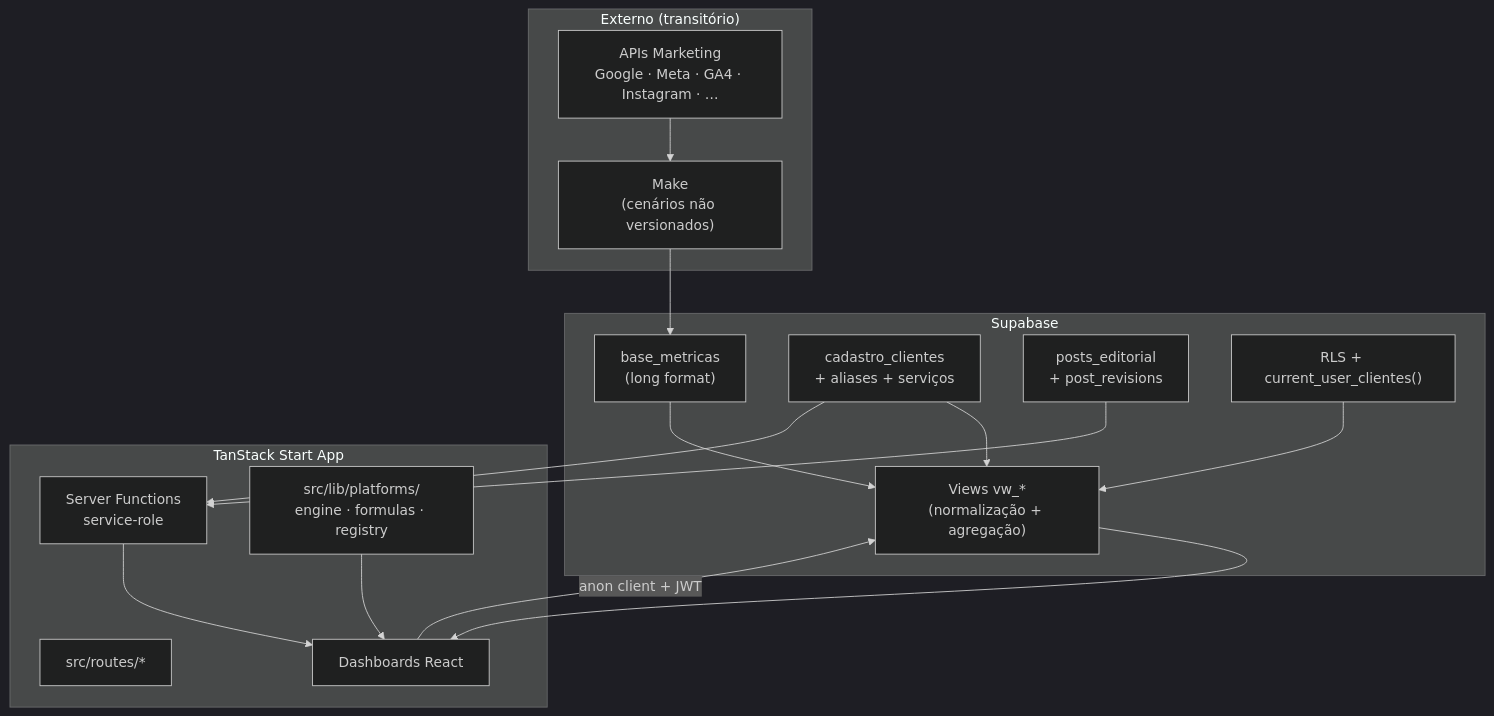
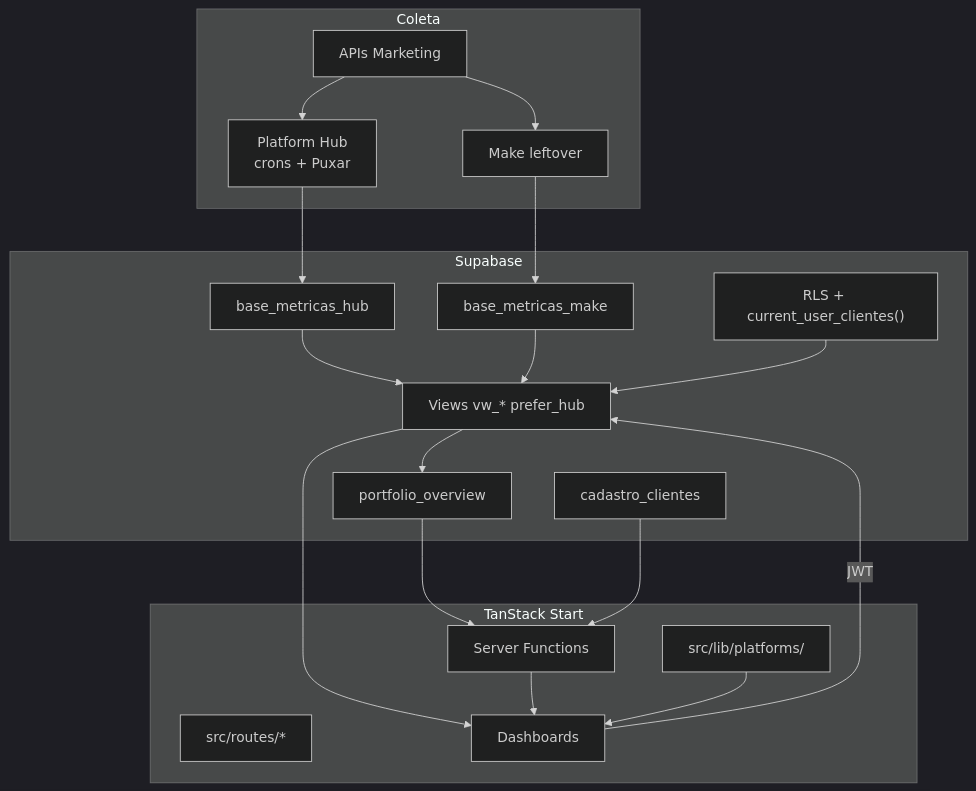
One commit to Lots-BI/supabase-magic-portal changed the diagram in docs/02-architecture/current-state.md. Above: the diagram before and after it, drawn with Mermaid (dark theme). The commit also changed other lines of this file and 57 other files, not shown here.

````diff
--- a/docs/02-architecture/current-state.md
+++ b/docs/02-architecture/current-state.md
@@ -44,33 +45,37 @@
 ```mermaid
 flowchart TB
-    subgraph External["Externo (transitório)"]
-        APIs["APIs Marketing\nGoogle · Meta · GA4 · Instagram · …"]
-        Make["Make\n(cenários não versionados)"]
+    subgraph External["Coleta"]
+        APIs["APIs Marketing"]
+        Hub["Platform Hub\ncrons + Puxar"]
+        Make["Make leftover"]
     end
 
     subgraph Supabase["Supabase"]
-        BM["base_metricas\n(long format)"]
-        CC["cadastro_clientes\n+ aliases + serviços"]
-        ED["posts_editorial\n+ post_revisions"]
-        Views["Views vw_*\n(normalização + agregação)"]
+        HUBT["base_metricas_hub"]
+        BM["base_metricas_make"]
+        CC["cadastro_clientes"]
+        Views["Views vw_* prefer_hub"]
+        RPC["portfolio_overview"]
         RLS["RLS + current_user_clientes()"]
     end
 
-    subgraph App["TanStack Start App"]
+    subgraph App["TanStack Start"]
         Routes["src/routes/*"]
-        SF["Server Functions\nservice-role"]
-        Engine["src/lib/platforms/\nengine · formulas · registry"]
-        UI["Dashboards React"]
+        SF["Server Functions"]
+        Engine["src/lib/platforms/"]
+        UI["Dashboards"]
     end
 
+    APIs --> Hub --> HUBT
     APIs --> Make --> BM
+    HUBT --> Views
     BM --> Views
-    CC --> Views
     Views --> UI
+    Views --> RPC
+    RPC --> SF
     RLS --> Views
     CC --> SF
-    ED --> SF
     SF --> UI
     Engine --> UI
-    UI -->|anon client + JWT| Views
+    UI -->|JWT| Views
 ```
````
